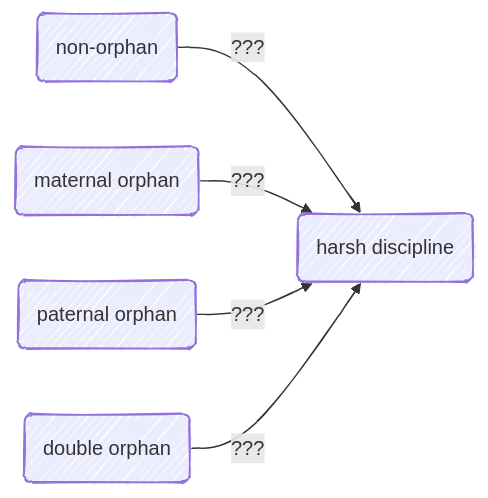
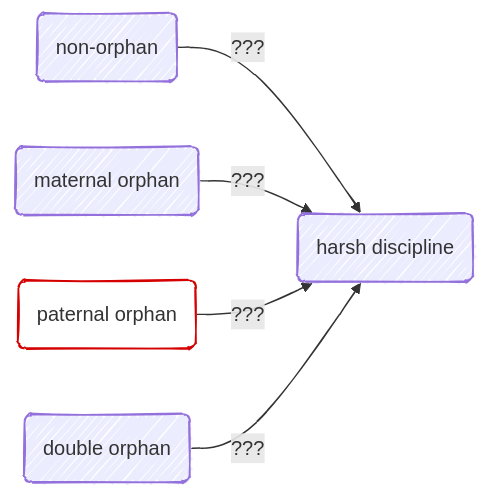
Before and after one commit to agrogan1/closeread: the diagram in orphan/diagrams.md, drawn with Mermaid.

````diff
--- a/orphan/diagrams.md
+++ b/orphan/diagrams.md
@@ -1,12 +1,13 @@
 ```mermaid
 ---
 config:
   look: handDrawn
   theme: default
 ---
 flowchart LR
   nonorphan(non-orphan) --> |"???"| harshdiscipline(harsh discipline)
   maternalorphan(maternal orphan) --> |"???"| harshdiscipline(harsh discipline)
   paternalorphan(paternal orphan) --> |"???"| harshdiscipline(harsh discipline)
   doubleorphan(double orphan) --> |"???"| harshdiscipline(harsh discipline)
+  style paternalorphan stroke:#D50000,fill:#FFFFFF
 ```
````
